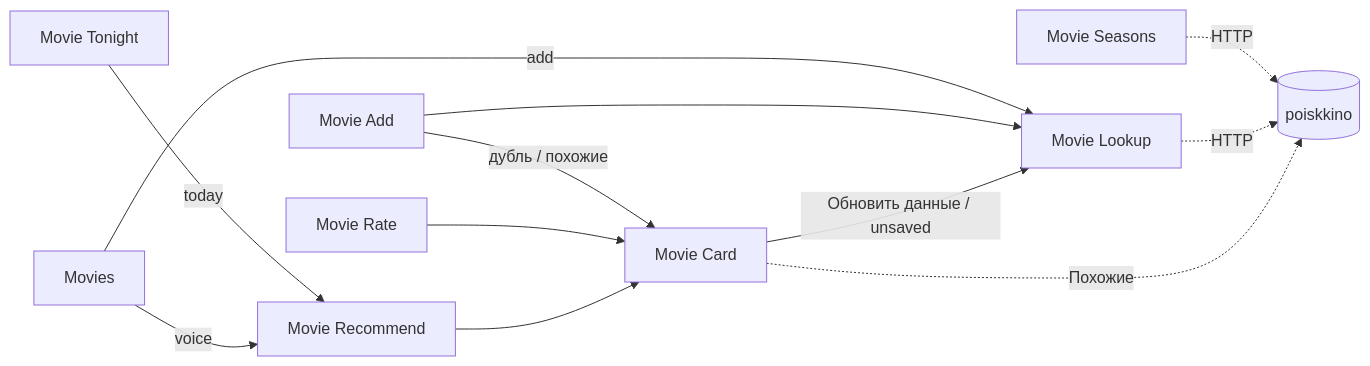
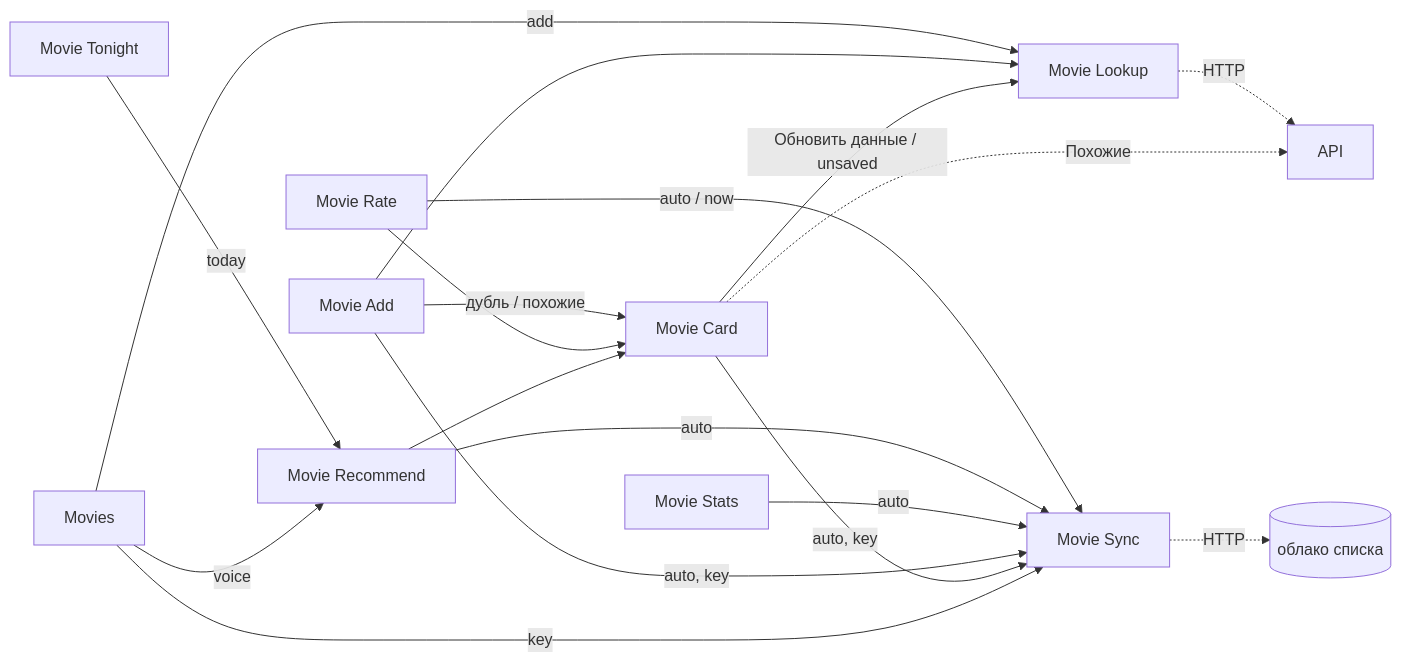
The diagram in ios/shortcuts/README.md (Gamspi/movie_gallery), drawn with Mermaid before and after one commit. The commit also changed other lines of this file and 38 other files, not shown here.

Commit message:
feat(ios): Movie Sync shortcut with daily pull, push queue and episode progress; drop Movie Seasons

````diff
--- a/ios/shortcuts/README.md
+++ b/ios/shortcuts/README.md
@@ -32,14 +33,20 @@
 ```mermaid
 flowchart LR
     Tonight[Movie Tonight] -->|"today"| Recommend[Movie Recommend]
     Voice[Movies] -->|add| Lookup
     Voice -->|"voice"| Recommend
     Add[Movie Add] --> Lookup[Movie Lookup]
     Add -->|"дубль / похожие"| Card[Movie Card]
     Rate[Movie Rate] --> Card
     Recommend --> Card
     Card -->|"Обновить данные / unsaved"| Lookup
-    Seasons[Movie Seasons] -.->|HTTP| API[(poiskkino)]
+    Rate -->|auto / now| Sync[Movie Sync]
+    Recommend -->|auto| Sync
+    Stats[Movie Stats] -->|auto| Sync
+    Add -->|auto, key| Sync
+    Card -->|auto, key| Sync
+    Voice -->|key| Sync
+    Sync -.->|HTTP| Cloud[(облако списка)]
     Lookup -.->|HTTP| API
     Card -.->|"Похожие"| API
 ```
````
